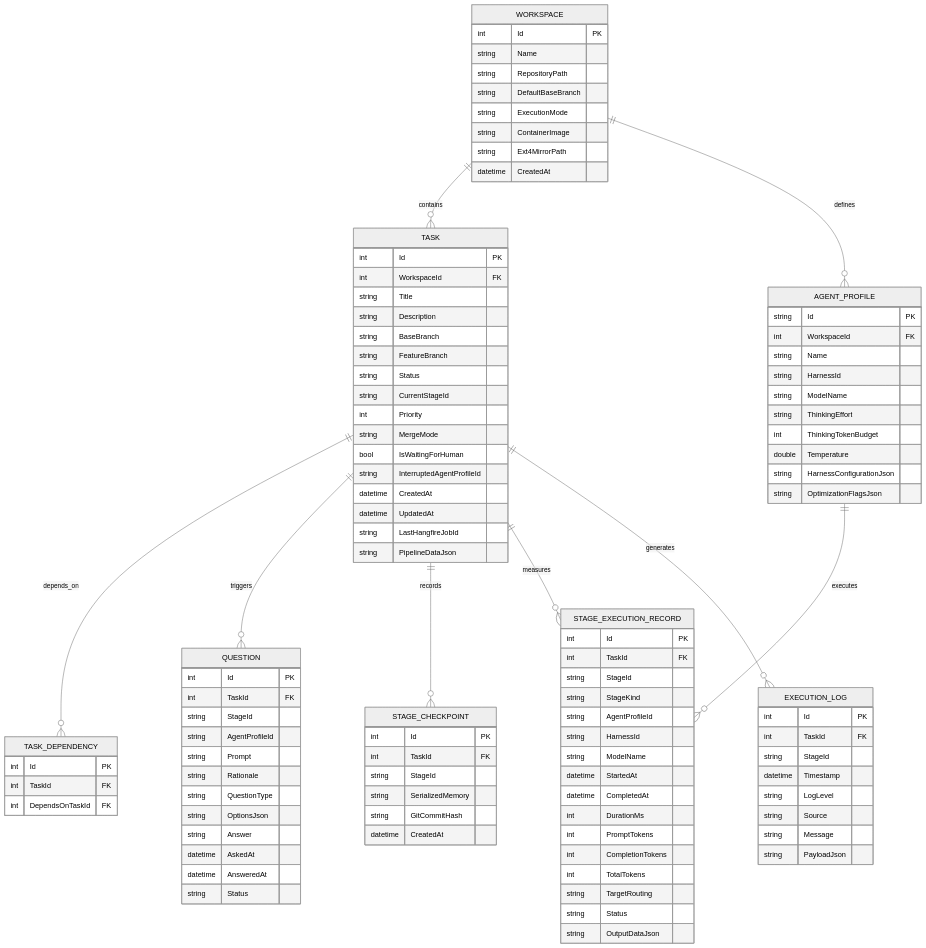
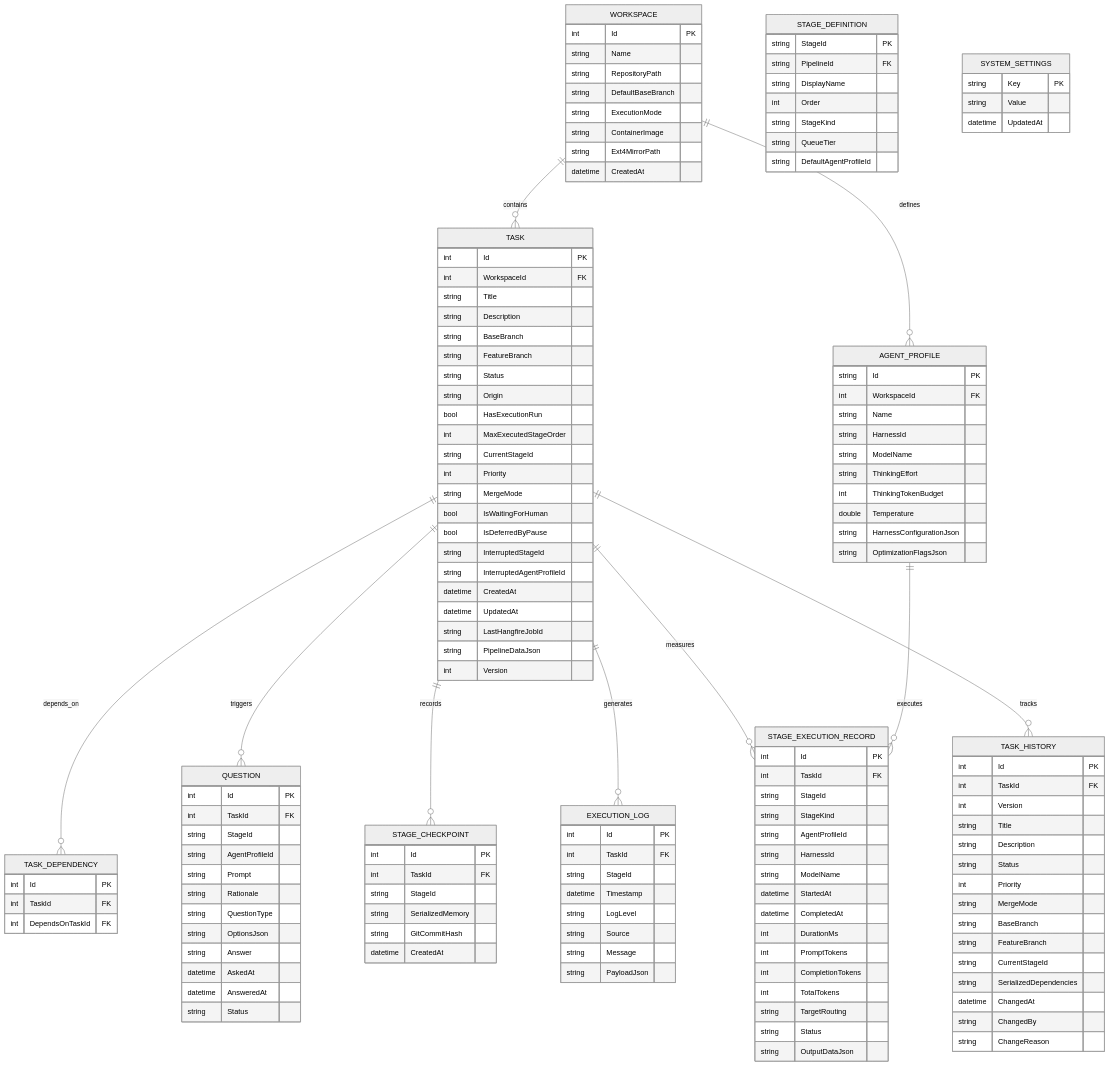
Diagram 23 of 27 in docs/ARCHITECTURE.md (jetelain/NightCodeForge), drawn with Mermaid (neutral theme) before and after one commit. The commit also changed other lines of this file, not shown here.

```diff
--- a/docs/ARCHITECTURE.md
+++ b/docs/ARCHITECTURE.md
@@ -1474,6 +1841,7 @@
     TASK ||--o{ STAGE_CHECKPOINT : "records"
     TASK ||--o{ STAGE_EXECUTION_RECORD : "measures"
     TASK ||--o{ EXECUTION_LOG : "generates"
+    TASK ||--o{ TASK_HISTORY : "tracks"
     
     WORKSPACE {
         int Id PK
@@ -1484,6 +1852,22 @@
         string ContainerImage
         string Ext4MirrorPath
         datetime CreatedAt
+    }
+
+    STAGE_DEFINITION {
+        string StageId PK
+        string PipelineId FK
+        string DisplayName
+        int Order
+        string StageKind
+        string QueueTier
+        string DefaultAgentProfileId
+    }
+
+    SYSTEM_SETTINGS {
+        string Key PK
+        string Value
+        datetime UpdatedAt
     }
 
     AGENT_PROFILE {
@@ -1507,15 +1891,39 @@
         string BaseBranch
         string FeatureBranch
         string Status
+        string Origin
+        bool HasExecutionRun
+        int MaxExecutedStageOrder
         string CurrentStageId
         int Priority
         string MergeMode
         bool IsWaitingForHuman
+        bool IsDeferredByPause
+        string InterruptedStageId
         string InterruptedAgentProfileId
         datetime CreatedAt
         datetime UpdatedAt
         string LastHangfireJobId
         string PipelineDataJson
+        int Version
+    }
+
+    TASK_HISTORY {
+        int Id PK
+        int TaskId FK
+        int Version
+        string Title
+        string Description
+        string Status
+        int Priority
+        string MergeMode
+        string BaseBranch
+        string FeatureBranch
+        string CurrentStageId
+        string SerializedDependencies
+        datetime ChangedAt
+        string ChangedBy
+        string ChangeReason
     }
 
     TASK_DEPENDENCY {
```
